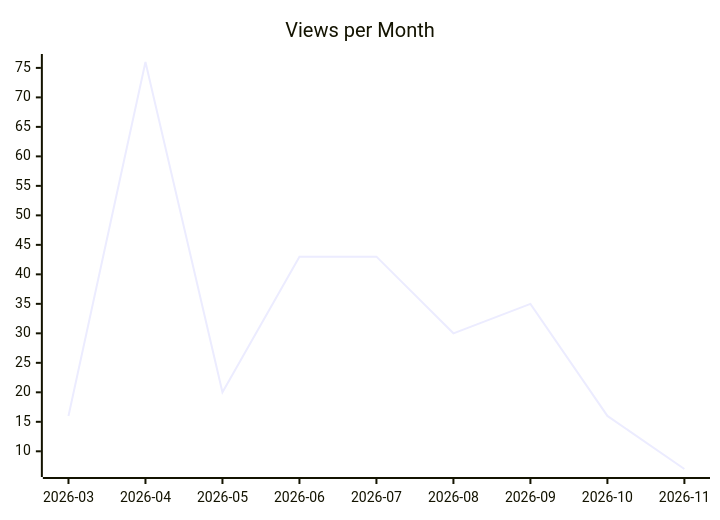
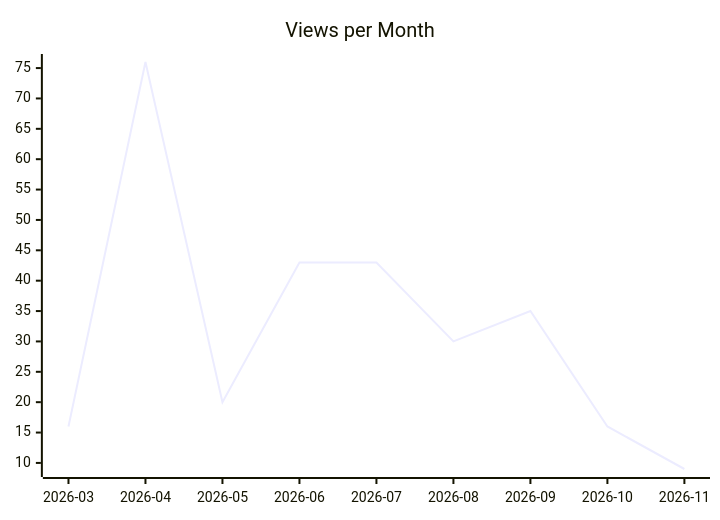
Before and after one commit to justdavis-family/github-analytics-data: the second of 3 diagrams in karlmdavis/ksoap2-android/README.md, drawn with Mermaid. The commit also changed other lines of this file and 194 other files, not shown here.

````diff
--- a/karlmdavis/ksoap2-android/README.md
+++ b/karlmdavis/ksoap2-android/README.md
@@ -12,6 +12,6 @@
 ```mermaid
 xychart-beta
   title "Views per Month"
   x-axis ["2026-03", "2026-04", "2026-05", "2026-06", "2026-07", "2026-08", "2026-09", "2026-10", "2026-11"]
-  line [16, 76, 20, 43, 43, 30, 35, 16, 7]
+  line [16, 76, 20, 43, 43, 30, 35, 16, 9]
 ```
````
